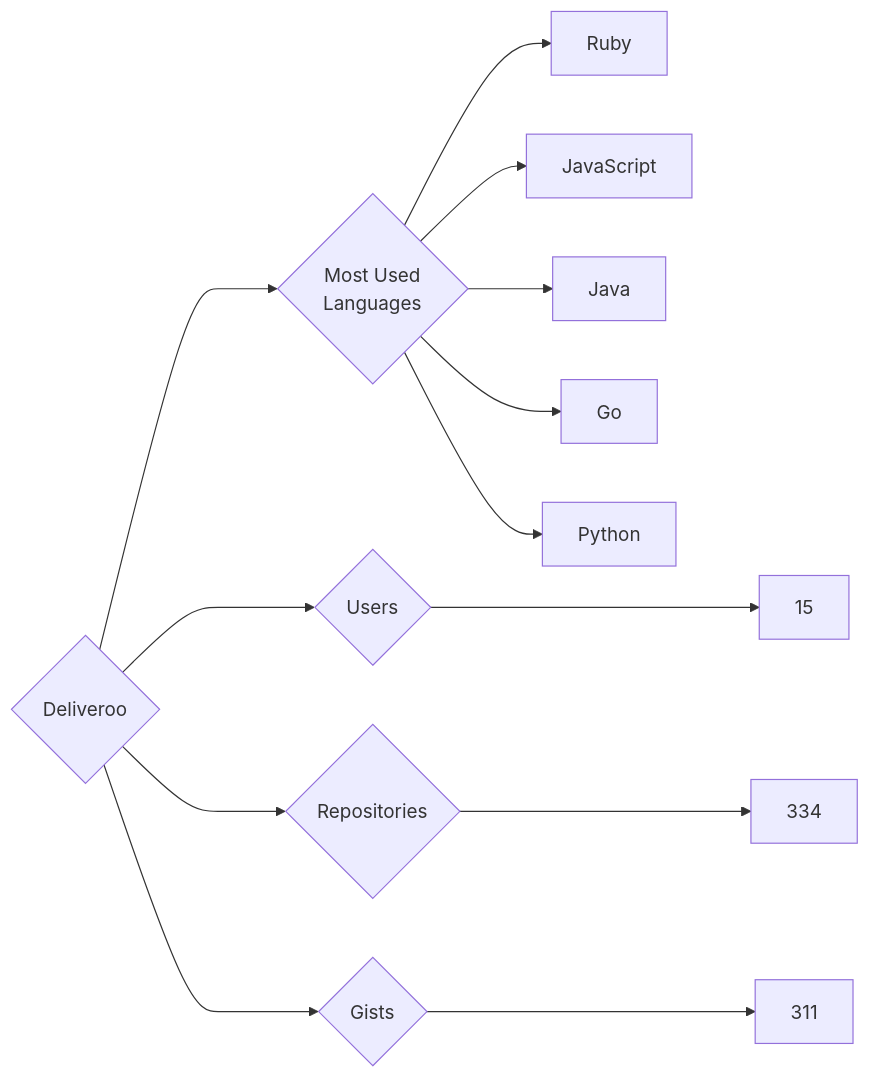
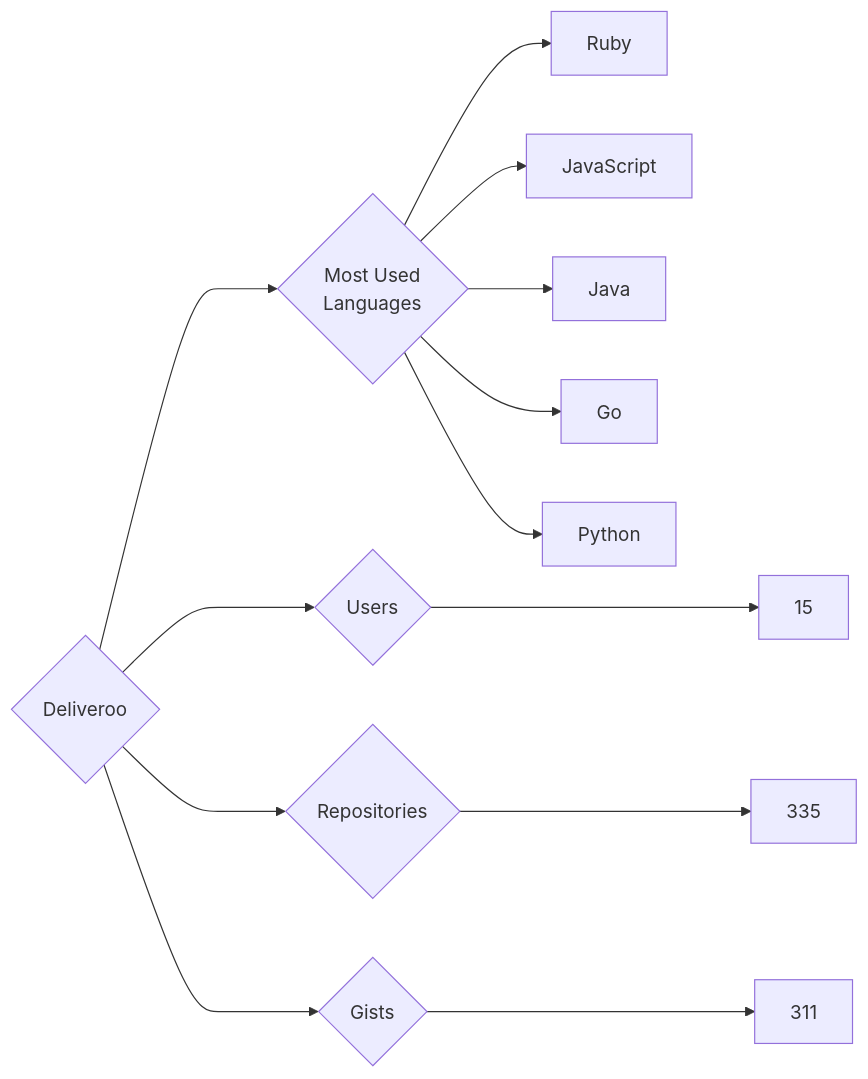
Before and after one commit to trickest/insiders: the diagram in targets/Deliveroo/README.md, drawn with Mermaid. The commit also changed 944 other files, not shown here.

````diff
--- a/targets/Deliveroo/README.md
+++ b/targets/Deliveroo/README.md
@@ -3,13 +3,13 @@
 ```mermaid
 graph LR
 COMPANY_NAME{Deliveroo}
 COMPANY_NAME ---> U{Users} ---> UN[15]
-COMPANY_NAME ---> R{Repositories} ---> RN[334]
+COMPANY_NAME ---> R{Repositories} ---> RN[335]
 COMPANY_NAME ---> G{Gists} ---> GN[311]
 COMPANY_NAME ---> ML{Most Used<br>Languages}
 ML --> Ruby[Ruby]
 ML --> JavaScript[JavaScript]
 ML --> Java[Java]
 ML --> Go[Go]
 ML --> Python[Python]
 ```
````
